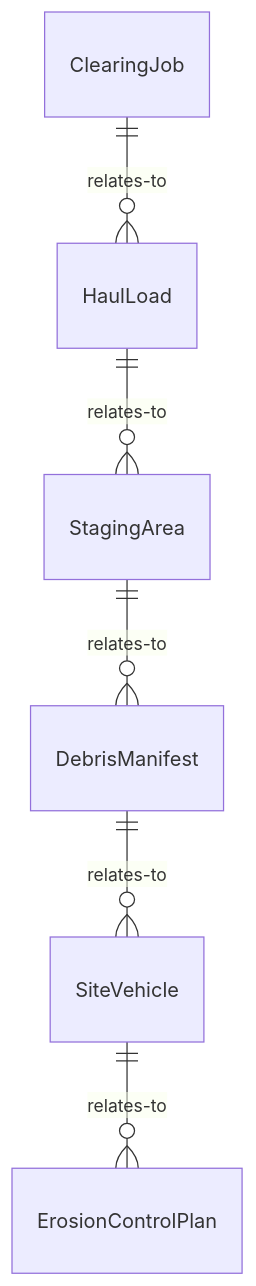
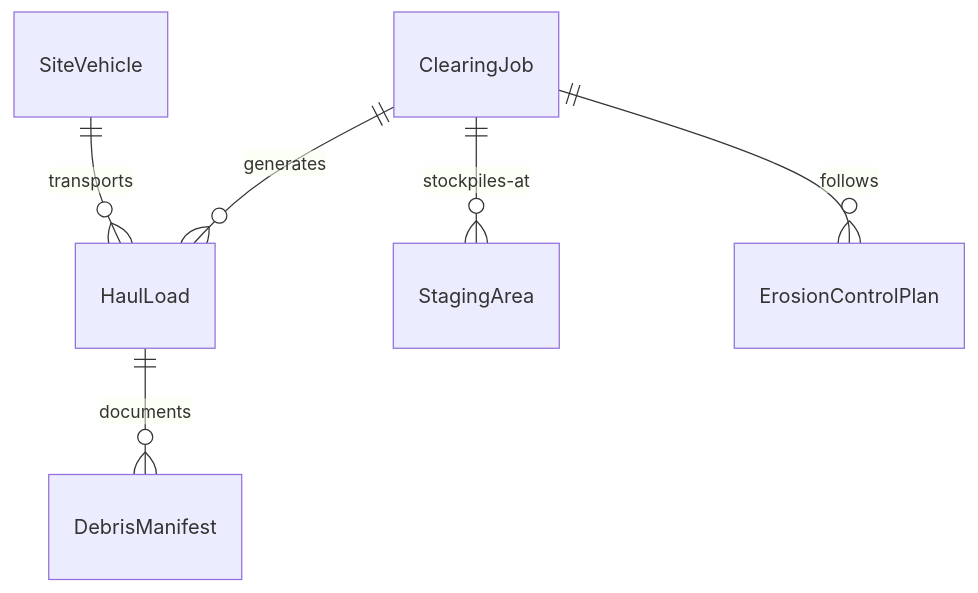
Before and after one commit to dot-org-ai/tasks.org.ai: the first of 4 diagrams in ControllingMachinesAndProcesses/OperateConstructionOrExcavationEquipment/OperateEquipmentVehiclesClearConstruction.mdx, drawn with Mermaid. The commit also changed other lines of this file and 515 other files, not shown here.

````diff
--- a/ControllingMachinesAndProcesses/OperateConstructionOrExcavationEquipment/OperateEquipmentVehiclesClearConstruction.mdx
+++ b/ControllingMachinesAndProcesses/OperateConstructionOrExcavationEquipment/OperateEquipmentVehiclesClearConstruction.mdx
@@ -87,8 +87,8 @@
 ```mermaid
 erDiagram
-    ClearingJob ||--o{ HaulLoad : relates-to
-    HaulLoad ||--o{ StagingArea : relates-to
-    StagingArea ||--o{ DebrisManifest : relates-to
-    DebrisManifest ||--o{ SiteVehicle : relates-to
-    SiteVehicle ||--o{ ErosionControlPlan : relates-to
+    ClearingJob ||--o{ HaulLoad : generates
+    ClearingJob ||--o{ StagingArea : stockpiles-at
+    HaulLoad ||--o{ DebrisManifest : documents
+    SiteVehicle ||--o{ HaulLoad : transports
+    ClearingJob ||--o{ ErosionControlPlan : follows
 ```
````
